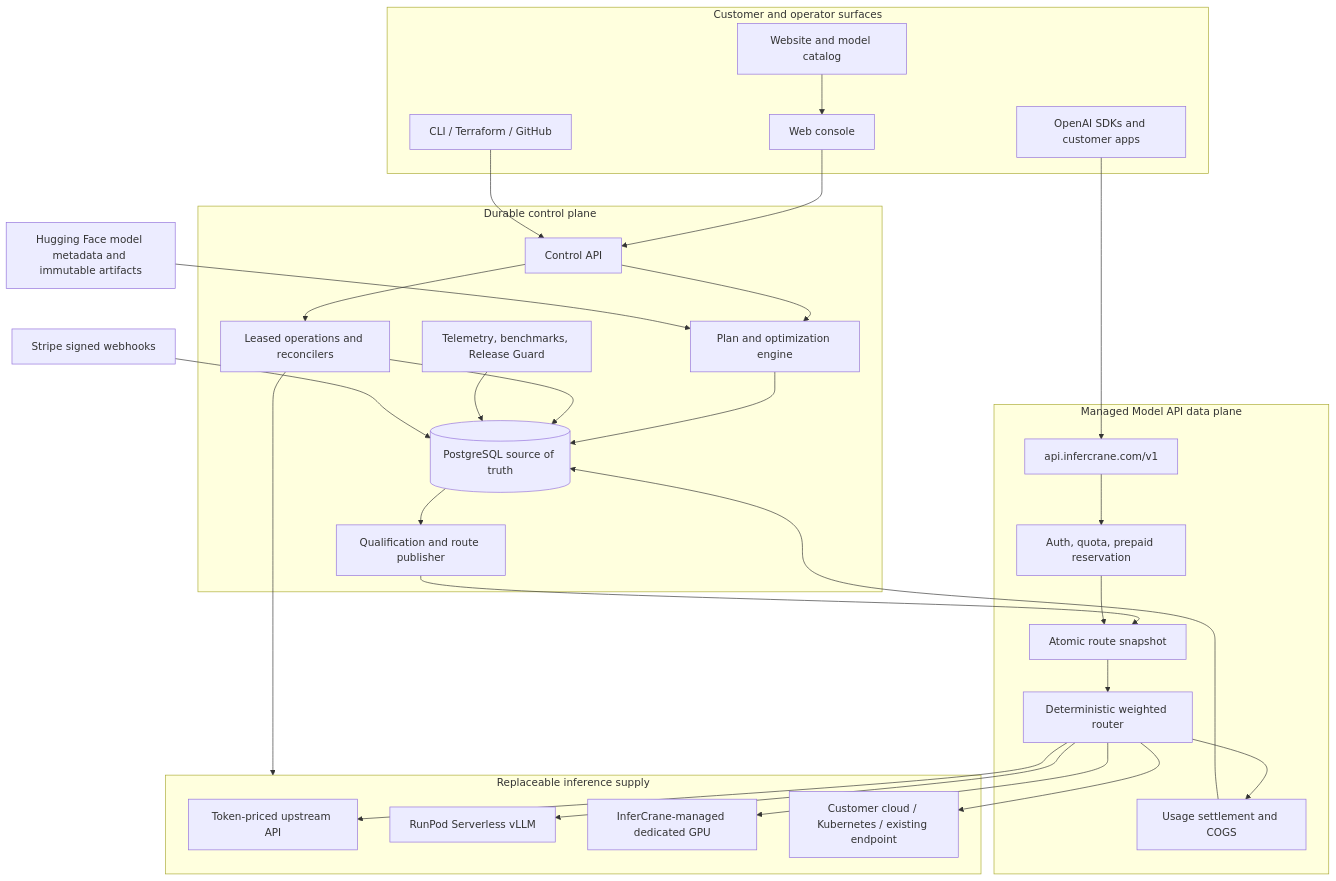
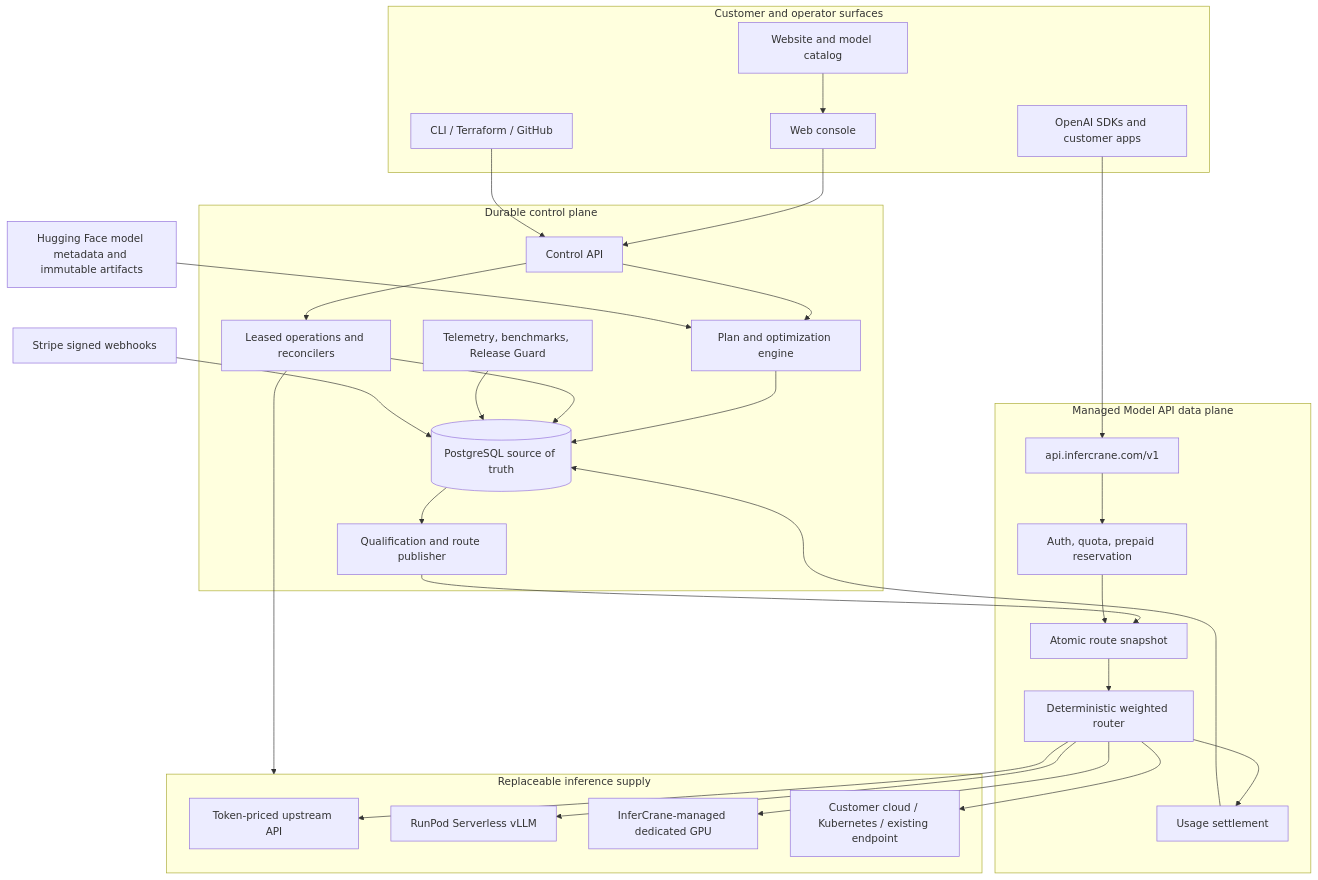
One commit to infercrane/infercrane changed the diagram in docs/architecture/system.mdx. Above: the diagram before and after it, drawn with Mermaid. The commit also changed 19 other files, not shown here.

````diff
--- a/docs/architecture/system.mdx
+++ b/docs/architecture/system.mdx
@@ -14,61 +14,61 @@
 ```mermaid
 flowchart TB
   subgraph Surfaces[Customer and operator surfaces]
     Site[Website and model catalog]
     Console[Web console]
     Clients[OpenAI SDKs and customer apps]
     Tooling[CLI / Terraform / GitHub]
   end
 
   subgraph Control[Durable control plane]
     API[Control API]
     Planner[Plan and optimization engine]
     Operations[Leased operations and reconcilers]
     Publisher[Qualification and route publisher]
     Evidence[Telemetry, benchmarks, Release Guard]
     DB[(PostgreSQL source of truth)]
   end
 
   subgraph Data[Managed Model API data plane]
     Gateway[api.infercrane.com/v1]
     Admission[Auth, quota, prepaid reservation]
     Snapshot[Atomic route snapshot]
     Router[Deterministic weighted router]
-    Settlement[Usage settlement and COGS]
+    Settlement[Usage settlement]
   end
 
   subgraph Supply[Replaceable inference supply]
     Upstream[Token-priced upstream API]
     RunPod[RunPod Serverless vLLM]
     Dedicated[InferCrane-managed dedicated GPU]
     BYOC[Customer cloud / Kubernetes / existing endpoint]
   end
 
   Stripe[Stripe signed webhooks]
   HF[Hugging Face model metadata and immutable artifacts]
 
   Site --> Console
   Console --> API
   Tooling --> API
   API --> Planner
   API --> Operations
   Planner --> DB
   Operations --> DB
   Operations --> Supply
   HF --> Planner
   Evidence --> DB
   DB --> Publisher
   Publisher --> Snapshot
 
   Clients --> Gateway
   Gateway --> Admission
   Admission --> Snapshot
   Snapshot --> Router
   Router --> Upstream
   Router --> RunPod
   Router --> Dedicated
   Router --> BYOC
   Router --> Settlement
   Settlement --> DB
   Stripe --> DB
 ```
````
